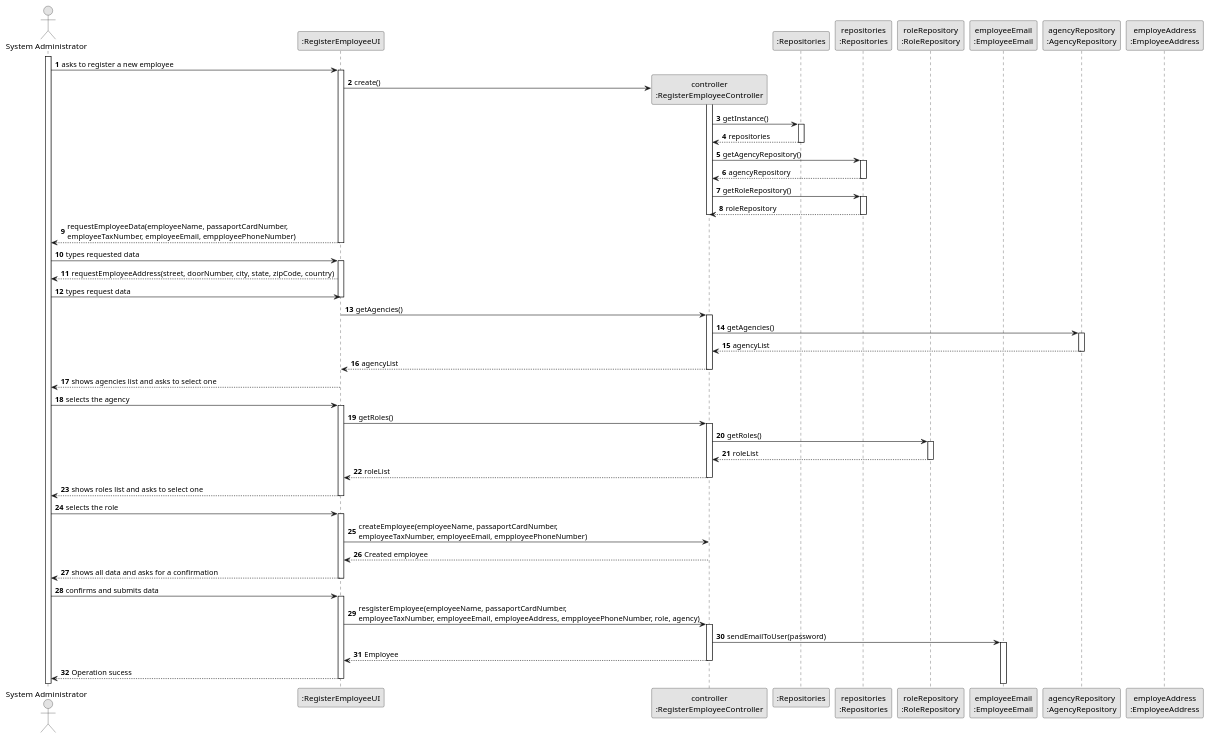
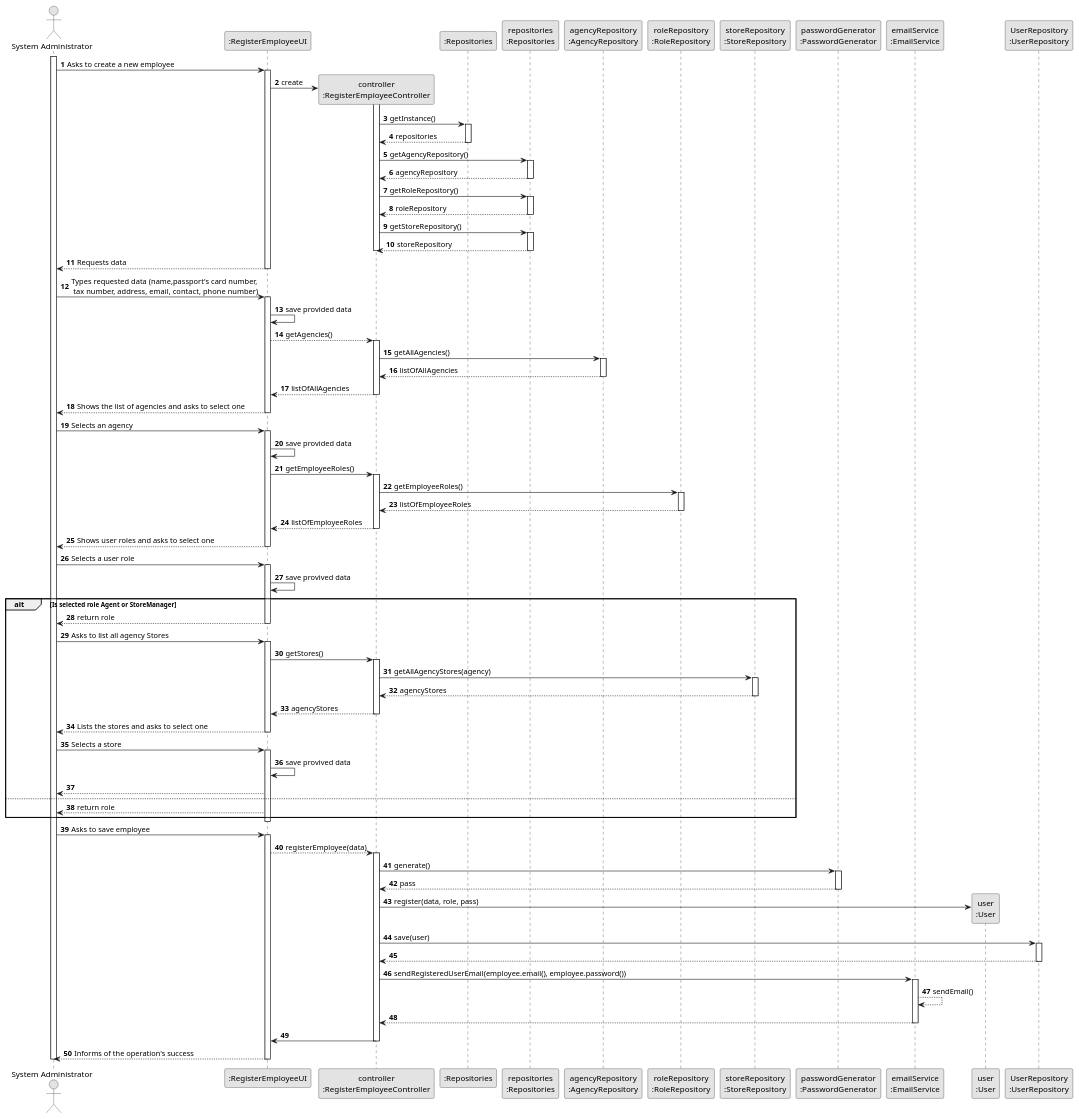
One commit to 1220812/LAPR2 changed the diagram in docs/sprintB/us003/03.design/puml/us003-sequence-diagram-full.puml. Above: the diagram before and after it, drawn with PlantUML. The commit also changed 2 other files, not shown here.

Commit message:
US003 domain sequence diagram and svg updated

```diff
--- a/docs/sprintB/us003/03.design/puml/us003-sequence-diagram-full.puml
+++ b/docs/sprintB/us003/03.design/puml/us003-sequence-diagram-full.puml
@@ -1,126 +1,199 @@
 @startuml
 skinparam monochrome true
 skinparam packageStyle rectangle
 skinparam shadowing false
 
 autonumber
 
 'hide footbox
 actor "System Administrator" as ADM
 participant ":RegisterEmployeeUI" as UI
 participant "controller\n:RegisterEmployeeController" as CTRL
 participant ":Repositories" as RepositorySingleton
 participant "repositories\n:Repositories" as PLAT
-participant "roleRepository\n:RoleRepository" as roleRepository
-participant "employeeEmail\n:EmployeeEmail" as EMAIL
-participant "agencyRepository\n:AgencyRepository" as AGENCY
-participant "employeAddress\n:EmployeeAddress" as ADDRESS
+participant "agencyRepository\n:AgencyRepository" as AREPO
+participant "roleRepository\n:RoleRepository" as RREPO
+participant "storeRepository\n:StoreRepository" as SREPO
+participant "passwordGenerator\n:PasswordGenerator" as PASSGEN
+participant "emailService\n:EmailService" as EMSERV
+participant "user\n:User" as EMPLOYEE
+participant "UserRepository\n:UserRepository" as EMREPO
+activate ADM
+
+        ADM -> UI : Asks to create a new employee
+
+        activate UI
+
+'            UI --> ADM : requests data (reference, description,  informal \n description, technical description, duration, cost)
+            'create CTRL
+            UI -> CTRL** : create
+            activate CTRL
+
+                CTRL -> RepositorySingleton : getInstance()
+                        activate RepositorySingleton
+
+                            RepositorySingleton --> CTRL: repositories
+
+                        deactivate RepositorySingleton
+                        CTRL -> PLAT : getAgencyRepository()
+                        activate PLAT
+
+                            PLAT --> CTRL : agencyRepository
+
+                        deactivate PLAT
+                        CTRL -> PLAT : getRoleRepository()
+                        activate PLAT
+
+                            PLAT --> CTRL : roleRepository
+
+                        deactivate PLAT
+                        CTRL -> PLAT : getStoreRepository()
+                        activate PLAT
+
+                            PLAT --> CTRL : storeRepository
+
+                        deactivate PLAT
+            deactivate CTRL
+
+            UI --> ADM : Requests data
+       deactivate UI
+
+       ADM -> UI : Types requested data (name,passport's card number,\n tax number, address,  email, contact, phone number)
+
+       activate UI
+            UI -> UI : save provided data
+            UI --> CTRL : getAgencies()
+            activate CTRL
+
+                CTRL -> AREPO : getAllAgencies()
+
+                activate AREPO
+
+                    AREPO --> CTRL : listOfAllAgencies
+
+                deactivate AREPO
+
+                CTRL --> UI : listOfAllAgencies
+
+            deactivate CTRL
+            UI --> ADM : Shows the list of agencies and asks to select one
+
+       deactivate UI
+
+       ADM -> UI : Selects an agency
+
+       activate UI
+
+            UI -> UI : save provided data
+            UI -> CTRL : getEmployeeRoles()
+
+            activate CTRL
+
+                CTRL -> RREPO : getEmployeeRoles()
+
+                activate RREPO
+
+                    RREPO --> CTRL : listOfEmployeeRoles
+
+                deactivate RREPO
+
+                CTRL --> UI : listOfEmployeeRoles
+
+            deactivate CTRL
+
+            UI --> ADM : Shows user roles and asks to select one
+
+       deactivate UI
+
+       ADM -> UI : Selects a user role
+
+       activate UI
+
+            UI -> UI : save provived data
 
 
-activate ADM
+       alt Is selected role Agent or StoreManager
+            UI --> ADM : return role
+            deactivate UI
 
-        ADM -> UI : asks to register a new employee
+       ADM -> UI : Asks to list all agency Stores
+
+        activate UI
+
+            UI -> CTRL : getStores()
+
+                activate CTRL
+
+                    CTRL -> SREPO : getAllAgencyStores(agency)
+
+                    activate SREPO
+
+                        SREPO --> CTRL : agencyStores
+
+                    deactivate SREPO
+
+                    CTRL --> UI : agencyStores
+
+                deactivate CTRL
+
+                UI --> ADM : Lists the stores and asks to select one
+
+                deactivate UI
+
+            ADM -> UI : Selects a store
+
             activate UI
 
-            UI -> CTRL** : create()
+                UI -> UI : save provived data
+                UI --> ADM :
+       else
+            UI --> ADM : return role
+       end
+
+       deactivate UI
+
+    ADM -> UI : Asks to save employee
+
+        activate UI
+
+            UI --> CTRL : registerEmployee(data)
+
             activate CTRL
 
-                 CTRL -> RepositorySingleton : getInstance()
-                                            activate RepositorySingleton
+                CTRL -> PASSGEN : generate()
 
-                                            RepositorySingleton --> CTRL: repositories
-                                                deactivate RepositorySingleton
+                activate PASSGEN
 
-                                        CTRL -> PLAT : getAgencyRepository()
-                                            activate PLAT
+                PASSGEN --> CTRL : pass
 
-                                            PLAT --> CTRL: agencyRepository
-                                                deactivate PLAT
-                                                CTRL -> PLAT : getRoleRepository()
-                                                                                    activate PLAT
+                deactivate PASSGEN
 
-                                                                                    PLAT --> CTRL: roleRepository
-                                                                                        deactivate PLAT
+                CTRL -> EMPLOYEE** : register(data, role, pass)
+
+                CTRL -> EMREPO : save(user)
+
+                activate EMREPO
+
+                    EMREPO --> CTRL
+
+                deactivate EMREPO
+
+                CTRL -> EMSERV : sendRegisteredUserEmail(employee.email(), employee.password())
+
+                activate EMSERV
+
+                    EMSERV --> EMSERV : sendEmail()
+                    EMSERV --> CTRL
+
+
+                deactivate EMSERV
+
+                CTRL -> UI
+
             deactivate CTRL
 
-        UI --> ADM : requestEmployeeData(employeeName, passaportCardNumber, \nemployeeTaxNumber, employeeEmail, empployeePhoneNumber)
-            deactivate UI
+            UI --> ADM : Informs of the operation's success
 
-        ADM -> UI : types requested data
-            activate UI
-
-UI --> ADM : requestEmployeeAddress(street, doorNumber, city, state, zipCode, country)
- ADM -> UI : types request data
- deactivate UI
-
-
-        UI -> CTRL : getAgencies()
-                    activate CTRL
-
-
-
-                        CTRL -> AGENCY : getAgencies()
-                            activate AGENCY
-
-                            AGENCY --> CTRL : agencyList
-                                deactivate AGENCY
-
-                        CTRL --> UI : agencyList
-                            deactivate CTRL
-
-        UI --> ADM: shows agencies list and asks to select one
-             deactivate UI
-
-        ADM -> UI: selects the agency
-            activate UI
-
-
-        UI -> CTRL : getRoles()
-                            activate CTRL
-
-
-
-
-
-                                CTRL -> roleRepository : getRoles()
-                                    activate roleRepository
-
-                                    roleRepository --> CTRL : roleList
-                                        deactivate roleRepository
-
-                                CTRL --> UI : roleList
-                                    deactivate CTRL
-
-            UI --> ADM : shows roles list and asks to select one
-        deactivate UI
-
-    ADM -> UI : selects the role
-        activate UI
-
-
-
-
-UI -> CTRL : createEmployee(employeeName, passaportCardNumber, \nemployeeTaxNumber, employeeEmail, empployeePhoneNumber)
-CTRL --> UI : Created employee
-    UI --> ADM: shows all data and asks for a confirmation
-
-deactivate UI
-
-    ADM -> UI : confirms and submits data
-    activate UI
-
-        UI -> CTRL : resgisterEmployee(employeeName, passaportCardNumber, \nemployeeTaxNumber, employeeEmail, employeeAddress, empployeePhoneNumber, role, agency)
-        activate CTRL
-
-        CTRL -> EMAIL : sendEmailToUser(password)
-                activate EMAIL
-
-
-        CTRL --> UI : Employee
-        deactivate CTRL
-
-
-
-        UI --> ADM : Operation sucess
-         deactivate UI
+    deactivate UI
+deactivate ADM
 @enduml
```
